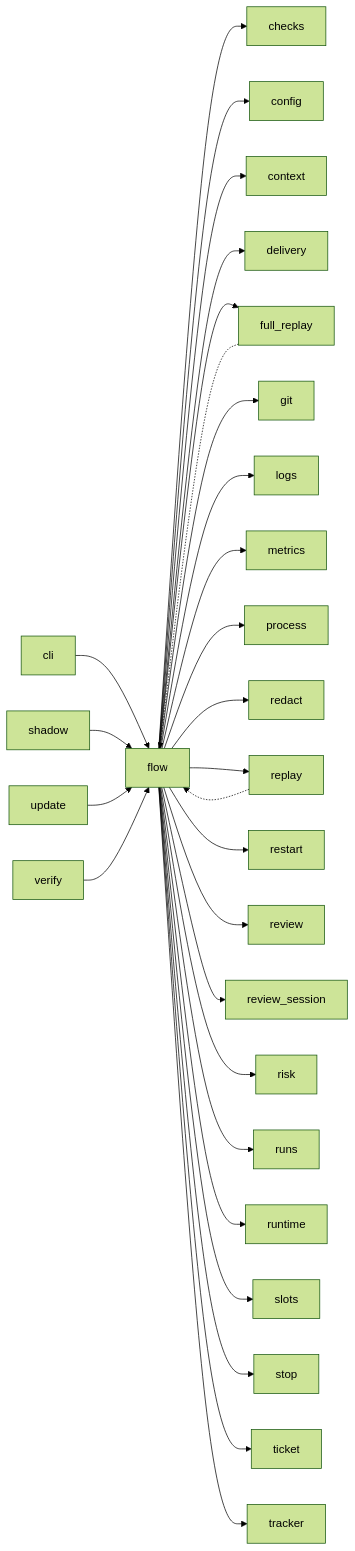
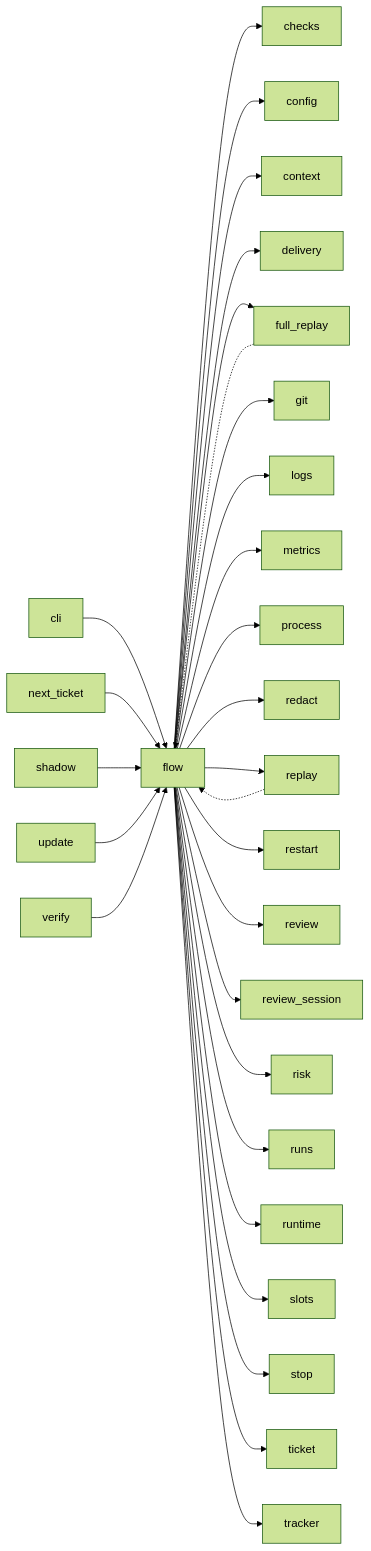
Before and after one commit to plaplanche/ariane: the third of 3 diagrams in docs/architecture/modules/flow.md, drawn with Mermaid (forest theme). The commit also changed 42 other files, not shown here.

Commit message:
#223: ariane next: propose the next ticket that can start safely next to the running ones, start it on the owner's confirmation (C11, C22, C23)

````diff
--- a/docs/architecture/modules/flow.md
+++ b/docs/architecture/modules/flow.md
@@ -122,30 +122,31 @@
 ```mermaid
 flowchart LR
   cli --> flow
   flow --> checks
   flow --> config
   flow --> context
   flow --> delivery
   flow --> full_replay
   flow --> git
   flow --> logs
   flow --> metrics
   flow --> process
   flow --> redact
   flow --> replay
   flow --> restart
   flow --> review
   flow --> review_session
   flow --> risk
   flow --> runs
   flow --> runtime
   flow --> slots
   flow --> stop
   flow --> ticket
   flow --> tracker
   full_replay -.-> flow
+  next_ticket --> flow
   replay -.-> flow
   shadow --> flow
   update --> flow
   verify --> flow
 ```
````
